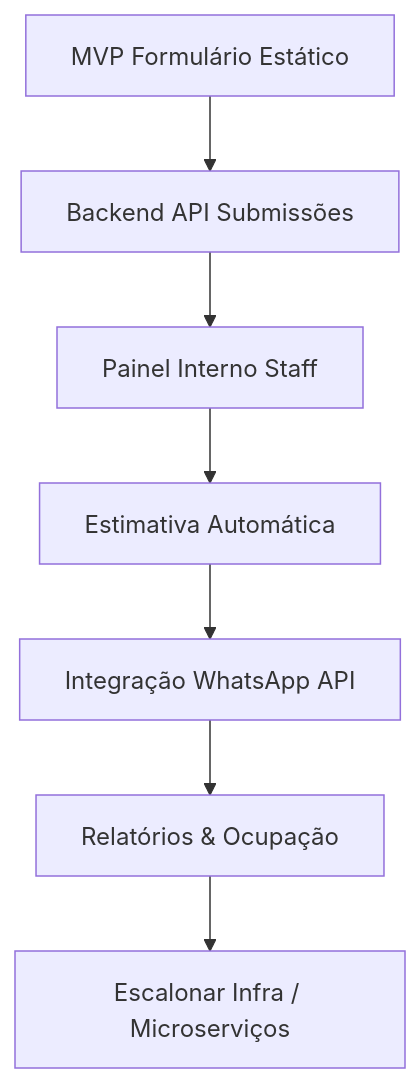
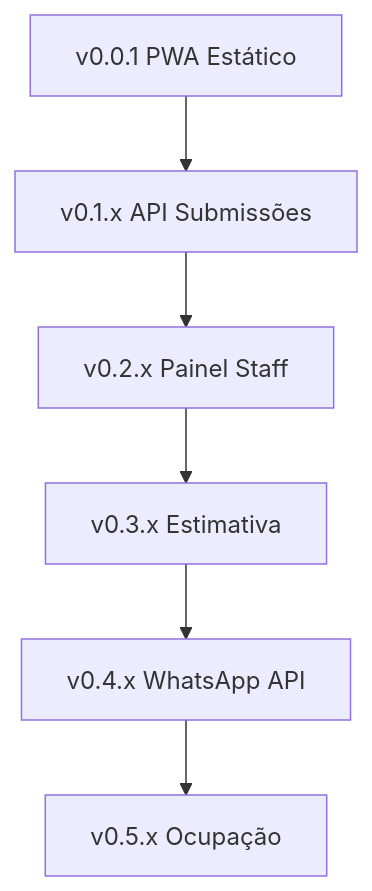
The diagram in README.md (digitalrobertlima/social-pet), drawn with Mermaid before and after one commit. The commit also changed other lines of this file and 11 other files, not shown here.

````diff
--- a/README.md
+++ b/README.md
@@ -83,9 +73,8 @@
 ```mermaid
 graph TD
-	A[MVP Formulário Estático] --> B[Backend API Submissões]
-	B --> C[Painel Interno Staff]
-	C --> D[Estimativa Automática]
-	D --> E[Integração WhatsApp API]
-	E --> F[Relatórios & Ocupação]
-	F --> G[Escalonar Infra / Microserviços]
+	A[v0.0.1 PWA Estático] --> B[v0.1.x API Submissões]
+	B --> C[v0.2.x Painel Staff]
+	C --> D[v0.3.x Estimativa]
+	D --> E[v0.4.x WhatsApp API]
+	E --> F[v0.5.x Ocupação]
 ```
````
